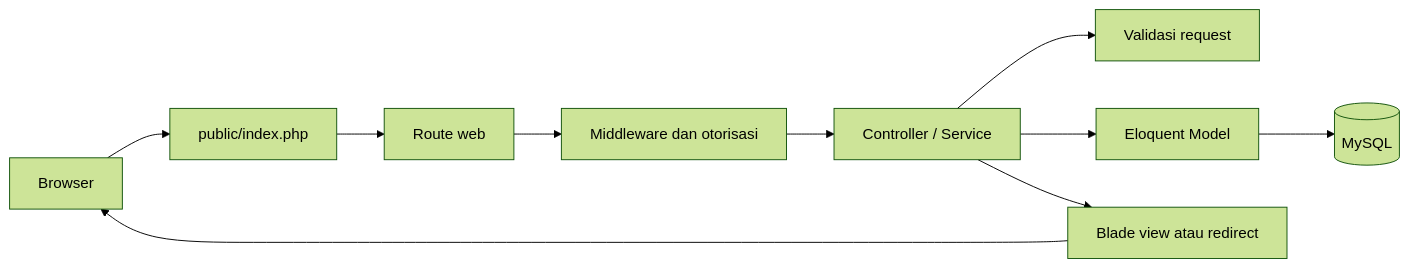
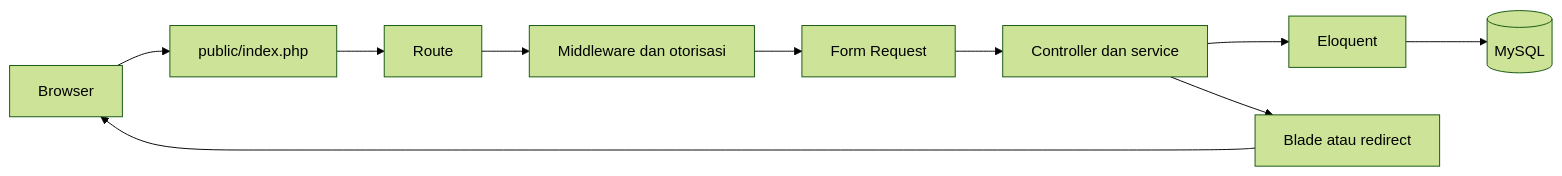
One commit to aditgaming1111111-jpg/UKK-2026 changed the diagram in docs/belajar-sekolahku/01-gambaran-besar.md. Above: the diagram before and after it, drawn with Mermaid (forest theme). The commit also changed other lines of this file and 4 other files, not shown here.

````diff
--- a/docs/belajar-sekolahku/01-gambaran-besar.md
+++ b/docs/belajar-sekolahku/01-gambaran-besar.md
@@ -74,12 +24,12 @@
 ```mermaid
 flowchart LR
     B[Browser] --> P[public/index.php]
-    P --> R[Route web]
+    P --> R[Route]
     R --> M[Middleware dan otorisasi]
-    M --> C[Controller / Service]
-    C --> V[Validasi request]
-    C --> E[Eloquent Model]
+    M --> F[Form Request]
+    F --> C[Controller dan service]
+    C --> E[Eloquent]
     E --> D[(MySQL)]
-    C --> H[Blade view atau redirect]
-    H --> B
+    C --> V[Blade atau redirect]
+    V --> B
 ```
````
